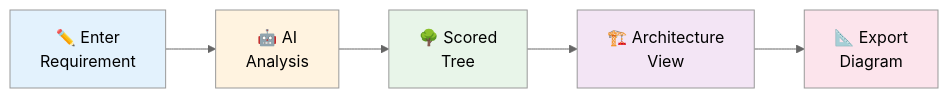
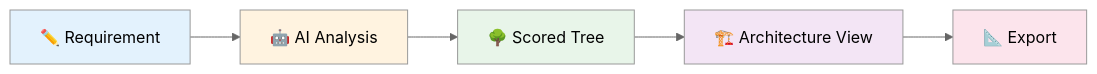
The diagram in README.md (carstenartur/Taxonomy), drawn with Mermaid (neutral theme) before and after one commit. The commit also changed other lines of this file and 9 other files, not shown here.

````diff
--- a/README.md
+++ b/README.md
@@ -69,13 +12,13 @@
 ```mermaid
 flowchart LR
-    A["✏️ Enter<br/>Requirement"] --> B["🤖 AI<br/>Analysis"]
-    B --> C["🌳 Scored<br/>Tree"]
-    C --> D["🏗️ Architecture<br/>View"]
-    D --> E["📐 Export<br/>Diagram"]
+    A["✏️ Requirement"] --> B["🤖 AI Analysis"]
+    B --> C["🌳 Scored Tree"]
+    C --> D["🏗️ Architecture View"]
+    D --> E["📐 Export"]
 
     style A fill:#e3f2fd
     style B fill:#fff3e0
     style C fill:#e8f5e9
     style D fill:#f3e5f5
     style E fill:#fce4ec
 ```
````
